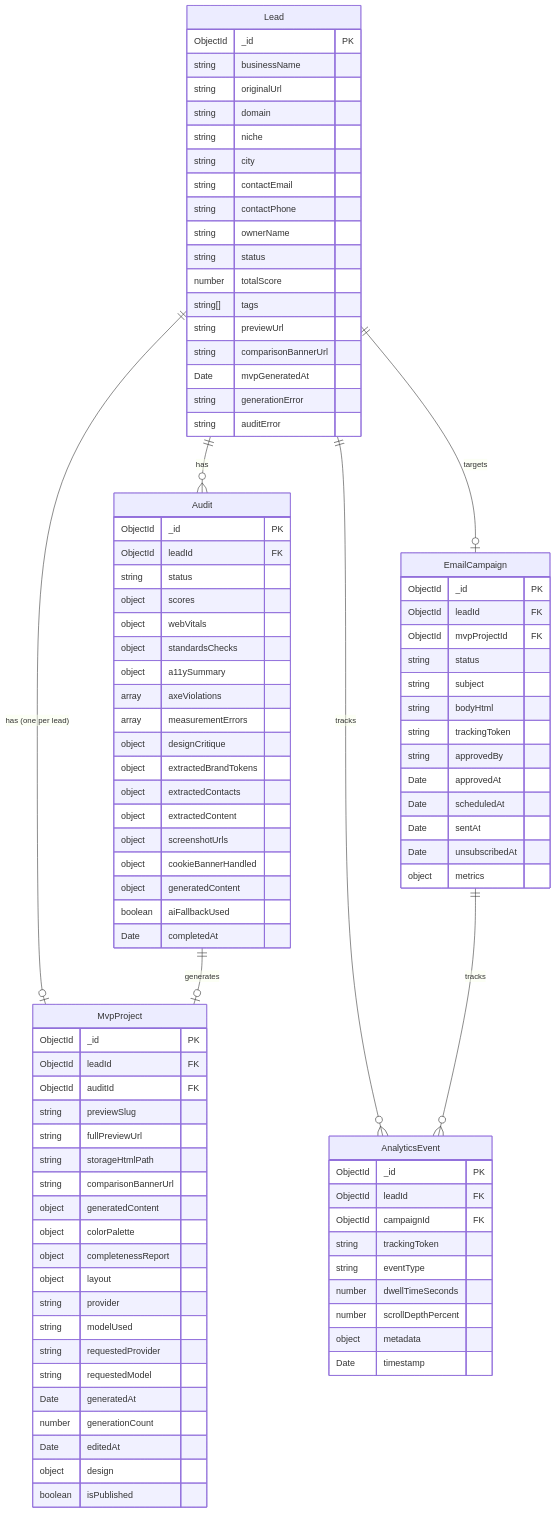
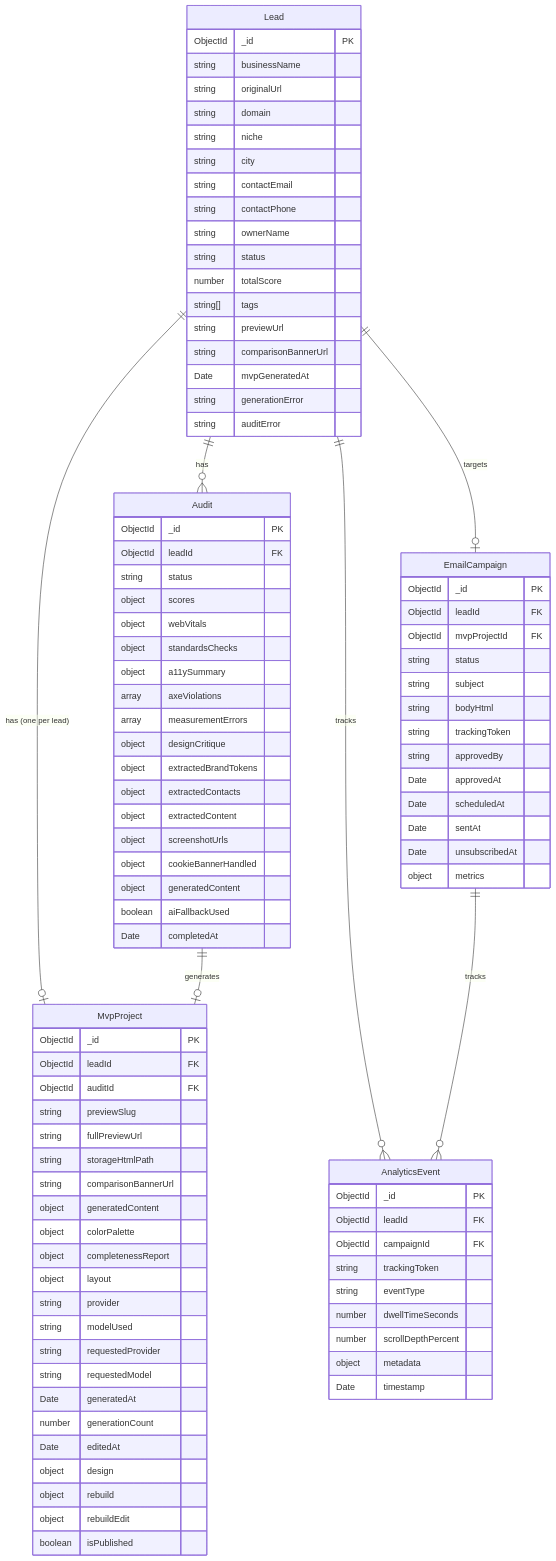
Before and after one commit to yurykurouski/revamp-docs: the seventh of 10 diagrams in blueprint.md, drawn with Mermaid. The commit also changed other lines of this file and 4 other files, not shown here.

First line of the commit message:
docs(REV-111): rebuild edit by id, re-checked completeness, Rebuild Edit Agent, ADR 13

```diff
--- a/blueprint.md
+++ b/blueprint.md
@@ -518,6 +518,8 @@
         number generationCount
         Date editedAt
         object design
+        object rebuild
+        object rebuildEdit
         boolean isPublished
     }
 
```
